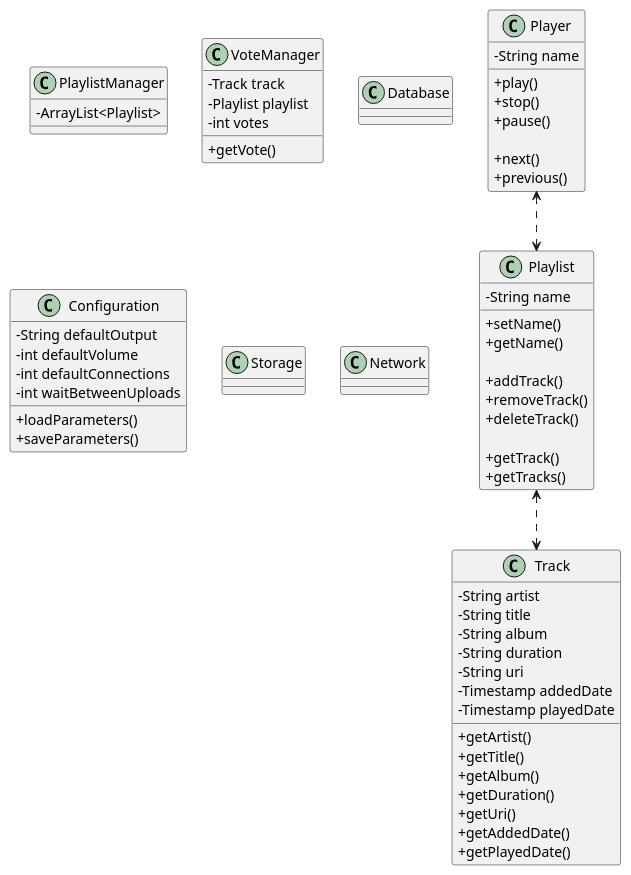
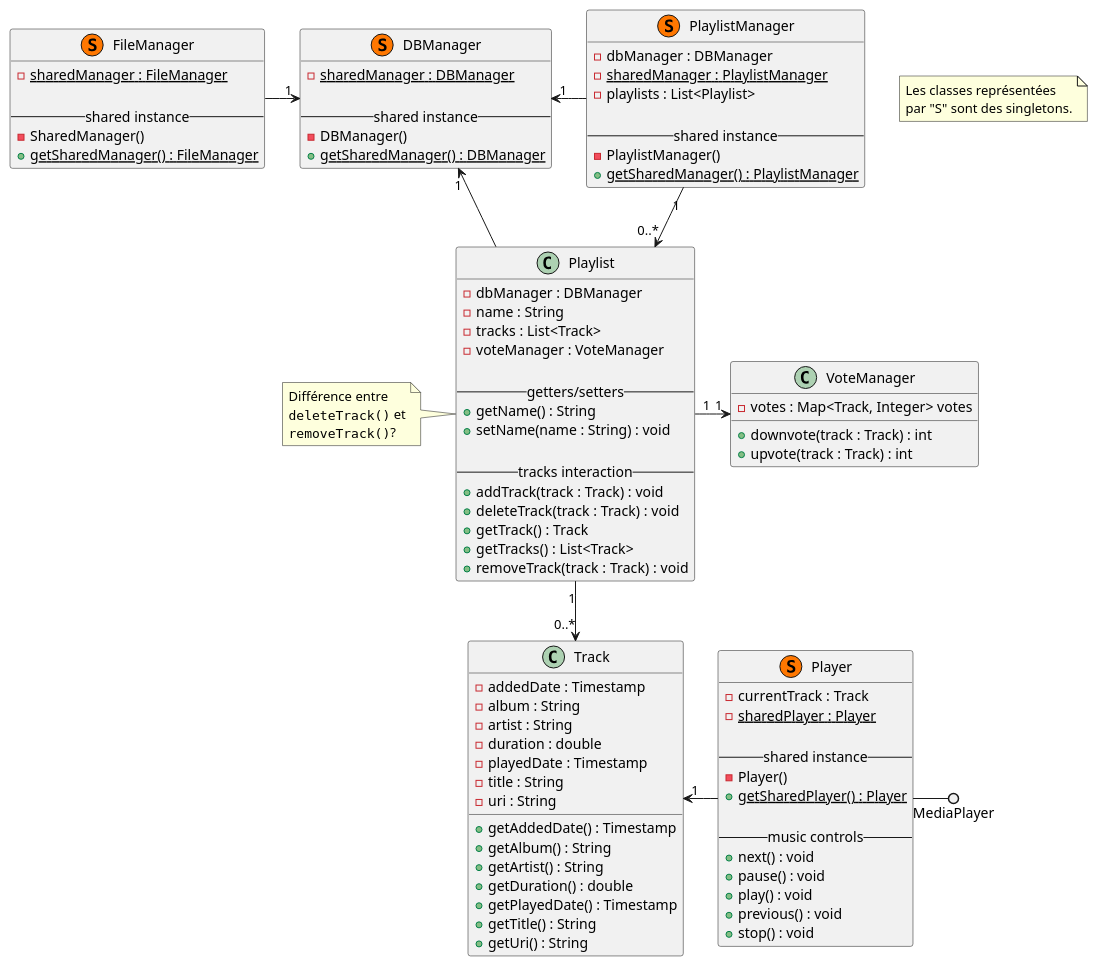
One commit to heig-vd-pro2017/projet changed the diagram in UML.plantuml. Above: the diagram before and after it, drawn with PlantUML.

Commit message:
Updated UML

```diff
--- a/UML.plantuml
+++ b/UML.plantuml
@@ -1,85 +1,112 @@
 @startuml
 
-skinparam classAttributeIconSize 0
+class DBManager <<(S, #FF7700)>> {
+    - {static} sharedManager : DBManager
 
-class Player {
-    -String name
+    -- shared instance --
+    - DBManager()
+    + {static} getSharedManager() : DBManager
+}
 
-    +play()
-    +stop()
-    +pause()
+class FileManager <<(S, #FF7700)>> {
+    - {static} sharedManager : FileManager
 
-    +next()
-    +previous()
+    -- shared instance --
+    - SharedManager()
+    + {static} getSharedManager() : FileManager
+}
+
+class Player <<(S, #FF7700)>> {
+    - currentTrack : Track
+    - {static} sharedPlayer : Player
+
+    -- shared instance --
+    - Player()
+    + {static} getSharedPlayer() : Player
+
+    -- music controls --
+    + next() : void
+    + pause() : void
+    + play() : void
+    + previous() : void
+    + stop() : void
 }
 
 class Playlist {
-    -String name
+    - dbManager : DBManager
+    - name : String
+    - tracks : List<Track>
+    - voteManager : VoteManager
 
-    +setName()
-    +getName()
+    -- getters/setters --
+    + getName() : String
+    + setName(name : String) : void
 
-    +addTrack()
-    +removeTrack()
-    +deleteTrack()
+    -- tracks interaction --
+    + addTrack(track : Track) : void
+    + deleteTrack(track : Track) : void
+    + getTrack() : Track
+    + getTracks() : List<Track>
+    + removeTrack(track : Track) : void
+}
 
-    +getTrack()
-    +getTracks()
+class PlaylistManager <<(S, #FF7700)>> {
+    - dbManager : DBManager
+    - {static} sharedManager : PlaylistManager
+    - playlists : List<Playlist>
 
+    -- shared instance --
+    - PlaylistManager()
+    + {static} getSharedManager() : PlaylistManager
 }
 
 class Track {
-    -String artist
-    -String title
-    -String album
-    -String duration
-    -String uri
-    -Timestamp addedDate
-    -Timestamp playedDate
+    - addedDate : Timestamp
+    - album : String
+    - artist : String
+    - duration : double
+    - playedDate : Timestamp
+    - title : String
+    - uri : String
 
-    +getArtist()
-    +getTitle()
-    +getAlbum()
-    +getDuration()
-    +getUri()
-    +getAddedDate()
-    +getPlayedDate()
-}
-
-class PlaylistManager {
-    -ArrayList<Playlist>
+    + getAddedDate() : Timestamp
+    + getAlbum() : String
+    + getArtist() : String
+    + getDuration() : double
+    + getPlayedDate() : Timestamp
+    + getTitle() : String
+    + getUri() : String
 }
 
 class VoteManager {
-    -Track track
-    -Playlist playlist
-    -int votes
+    - votes : Map<Track, Integer> votes
 
-    +getVote()
+    + downvote(track : Track) : int
+    + upvote(track : Track) : int
 }
 
-class Database {
+FileManager -right> "1" DBManager
 
-}
+Player -() MediaPlayer
 
-class Configuration {
-    -String defaultOutput
-    -int defaultVolume
-    -int defaultConnections
-    -int waitBetweenUploads
+Playlist --> "1" DBManager
+Playlist "1" --> "0..*" Track
+Playlist "1" -> "1" VoteManager
 
-    +loadParameters()
-    +saveParameters()
-}
+PlaylistManager -left> "1" DBManager
+PlaylistManager "1" --> "0..*" Playlist
 
-class Storage {
+Track "1" <- Player
 
-}
+note as note1
+    Les classes représentées
+    par "S" sont des singletons.
+endnote
 
-class Network {
+note left of Playlist
+    Différence entre
+    ""deleteTrack()"" et
+    ""removeTrack()""?
+endnote
 
-}
-
-Player <..> Playlist
-Playlist <..> Track
 @enduml
```
